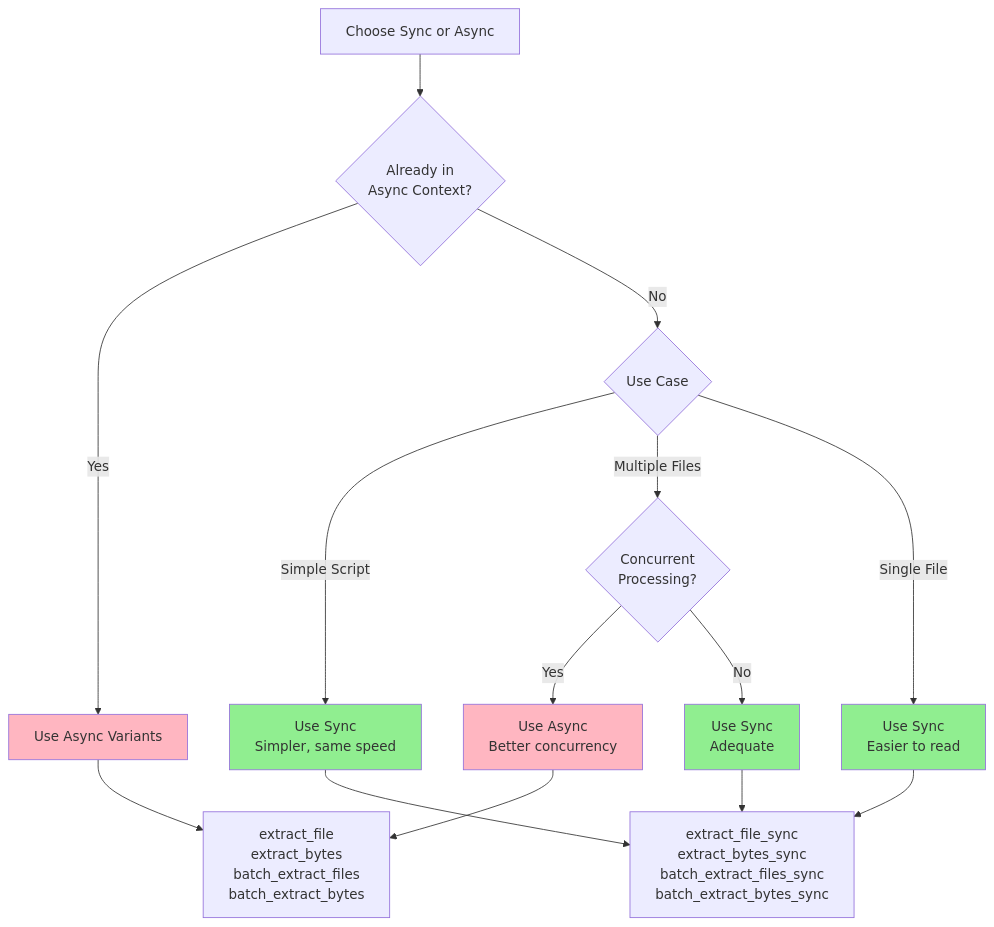
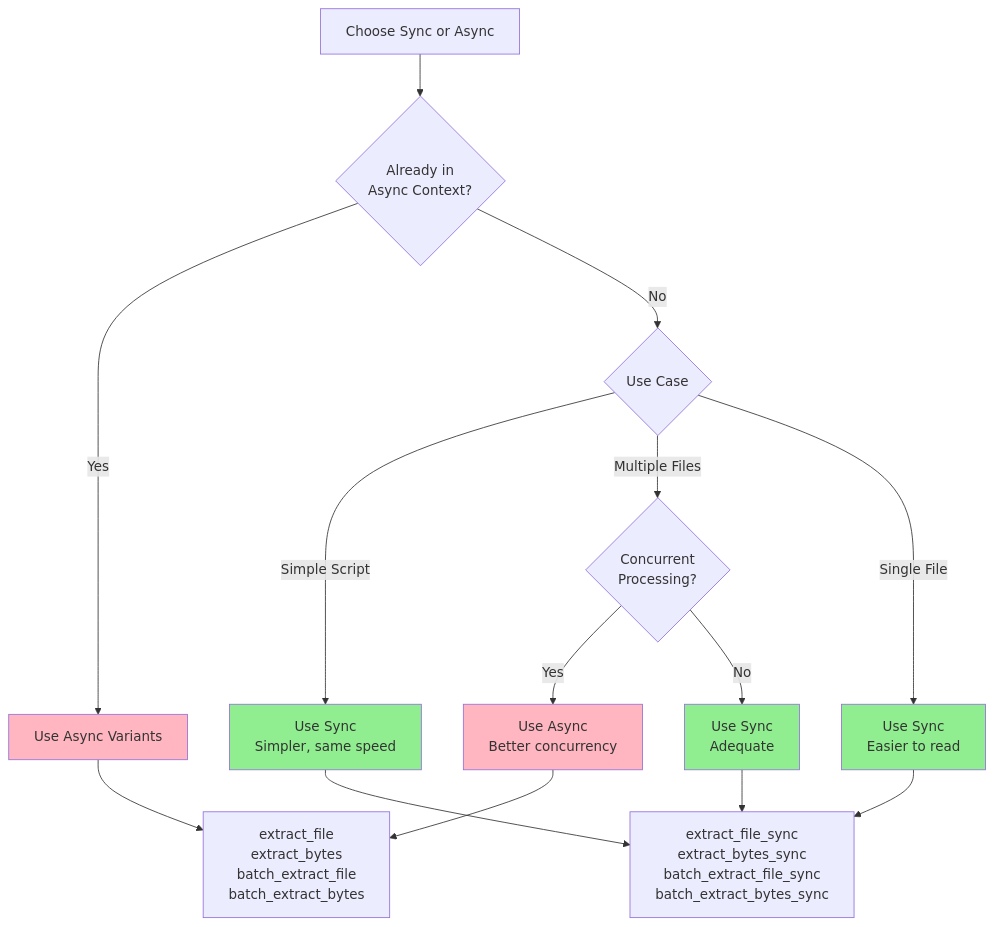
The second of 4 diagrams in docs/guides/extraction.md (xberg-io/kreuzberg), drawn with Mermaid before and after one commit. The commit also changed other lines of this file and 39 other files, not shown here.

````diff
--- a/docs/guides/extraction.md
+++ b/docs/guides/extraction.md
@@ -101,26 +101,26 @@
 ```mermaid
 flowchart TD
     Start[Choose Sync or Async] --> Context{Already in<br/>Async Context?}
 
     Context -->|Yes| UseAsync[Use Async Variants]
     Context -->|No| CheckUse{Use Case}
 
     CheckUse -->|Simple Script| UseSyncSimple[Use Sync<br/>Simpler, same speed]
     CheckUse -->|Multiple Files| CheckConcurrency{Concurrent<br/>Processing?}
     CheckUse -->|Single File| UseSyncSingle[Use Sync<br/>Easier to read]
 
     CheckConcurrency -->|Yes| UseAsyncConcurrent[Use Async<br/>Better concurrency]
     CheckConcurrency -->|No| UseSyncBatch[Use Sync<br/>Adequate]
 
-    UseAsync --> AsyncFunctions[extract_file<br/>extract_bytes<br/>batch_extract_files<br/>batch_extract_bytes]
-    UseSyncSimple --> SyncFunctions[extract_file_sync<br/>extract_bytes_sync<br/>batch_extract_files_sync<br/>batch_extract_bytes_sync]
+    UseAsync --> AsyncFunctions[extract_file<br/>extract_bytes<br/>batch_extract_file<br/>batch_extract_bytes]
+    UseSyncSimple --> SyncFunctions[extract_file_sync<br/>extract_bytes_sync<br/>batch_extract_file_sync<br/>batch_extract_bytes_sync]
     UseSyncSingle --> SyncFunctions
     UseAsyncConcurrent --> AsyncFunctions
     UseSyncBatch --> SyncFunctions
 
     style UseAsync fill:#FFB6C1
     style UseAsyncConcurrent fill:#FFB6C1
     style UseSyncSimple fill:#90EE90
     style UseSyncSingle fill:#90EE90
     style UseSyncBatch fill:#90EE90
 ```
````
